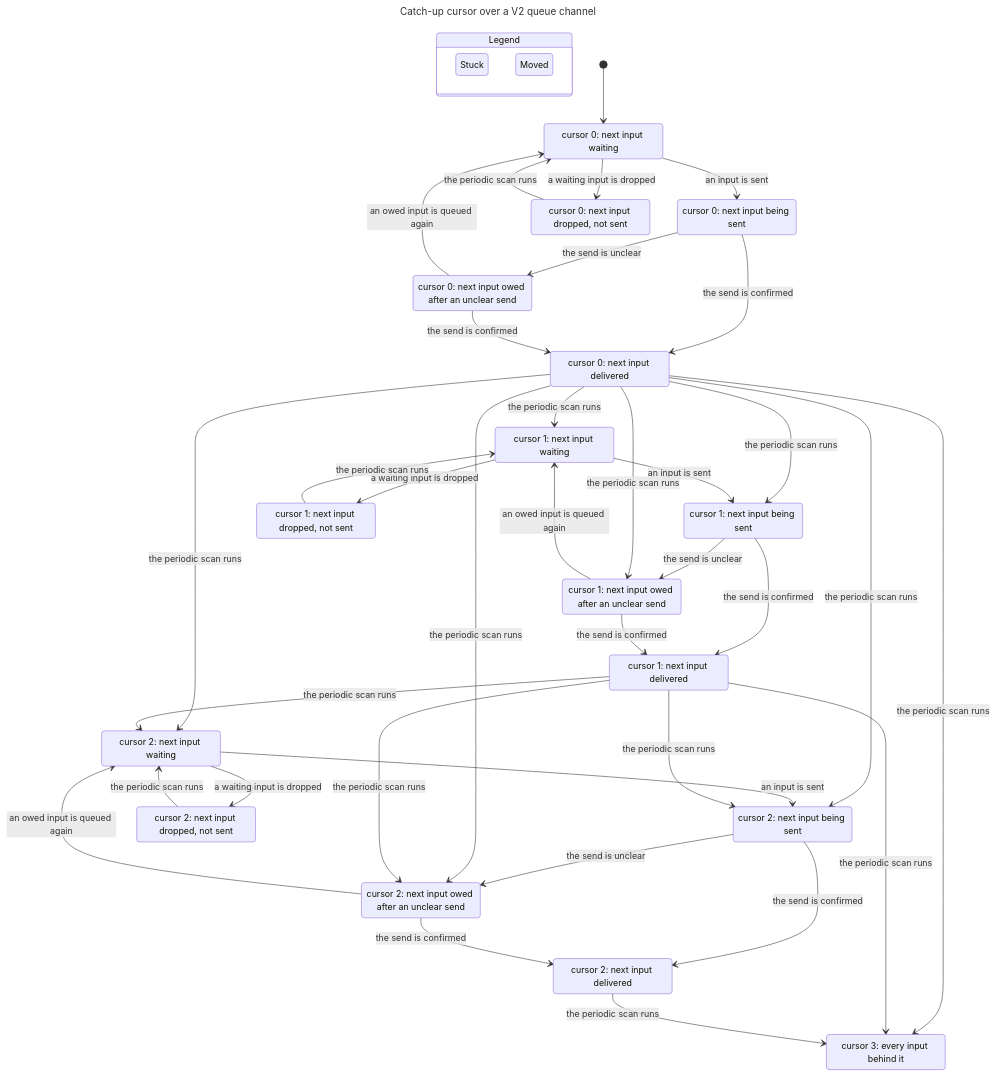
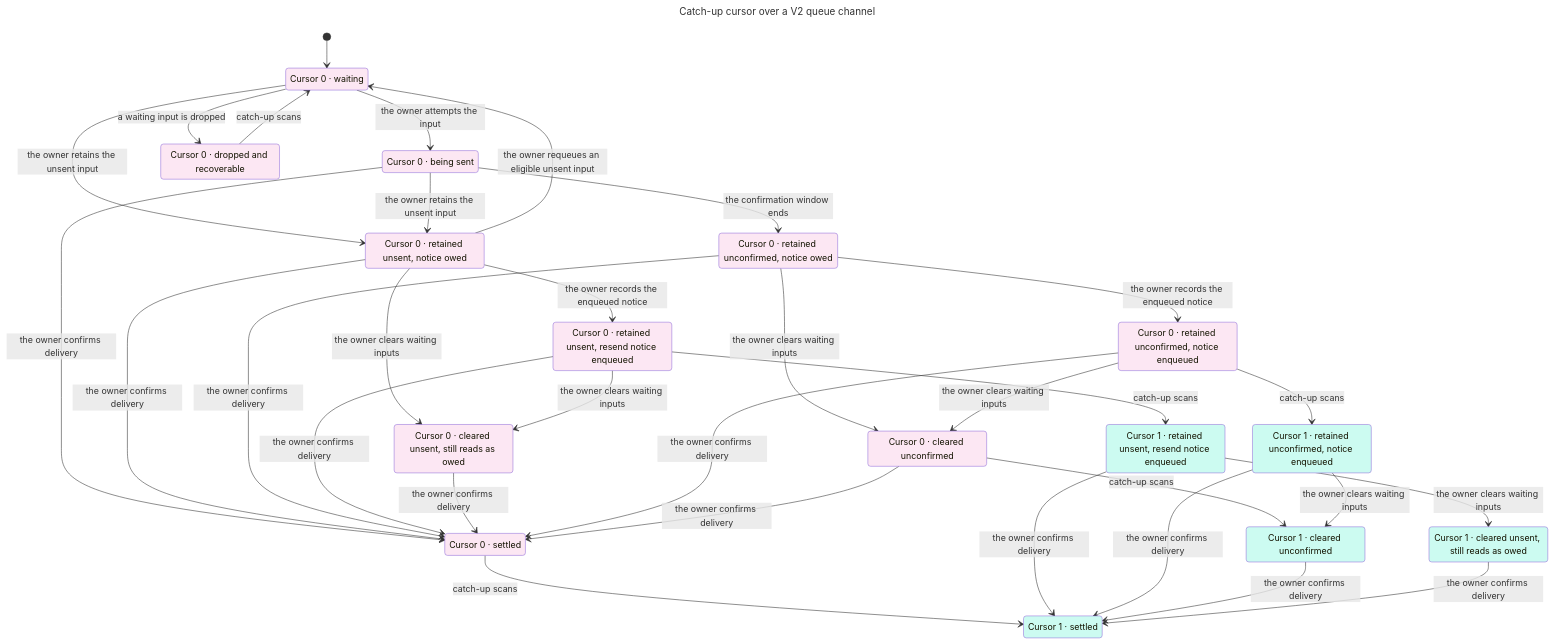
The diagram in docs/statecharts/catch-up-frontier/catch-up-frontier.chart.mmd (itismyfield/AgentDesk), drawn with Mermaid before and after one commit. The commit also changed 8 other files, not shown here.

```diff
--- a/docs/statecharts/catch-up-frontier/catch-up-frontier.chart.mmd
+++ b/docs/statecharts/catch-up-frontier/catch-up-frontier.chart.mmd
@@ -1,76 +1,67 @@
 ---
 title: "Catch-up cursor over a V2 queue channel"
 ---
 stateDiagram-v2
-  state "Legend" as legend {
-    lg0: Stuck
-    lg1: Moved
-  }
-  class lg0 pink
-  class lg1 teal
-  s0: cursor 0: next input waiting
-  s1: cursor 0: next input being sent
-  s2: cursor 0: next input dropped, not sent
-  s3: cursor 0: next input owed after an unclear send
-  s4: cursor 0: next input delivered
-  s5: cursor 1: next input waiting
-  s6: cursor 1: next input being sent
-  s7: cursor 1: next input dropped, not sent
-  s8: cursor 1: next input owed after an unclear send
-  s9: cursor 1: next input delivered
-  s10: cursor 2: next input waiting
-  s11: cursor 2: next input being sent
-  s12: cursor 2: next input dropped, not sent
-  s13: cursor 2: next input owed after an unclear send
-  s14: cursor 2: next input delivered
-  s15: cursor 3: every input behind it
   [*] --> s0
-  s0 --> s1: an input is sent
-  s0 --> s2: a waiting input is dropped
-  s1 --> s3: the send is unclear
-  s1 --> s4: the send is confirmed
-  s2 --> s0: the periodic scan runs
-  s3 --> s0: an owed input is queued again
-  s3 --> s4: the send is confirmed
-  s4 --> s5: the periodic scan runs
-  s4 --> s6: the periodic scan runs
-  s5 --> s6: an input is sent
-  s5 --> s7: a waiting input is dropped
-  s6 --> s8: the send is unclear
-  s6 --> s9: the send is confirmed
-  s7 --> s5: the periodic scan runs
-  s4 --> s8: the periodic scan runs
-  s4 --> s10: the periodic scan runs
-  s8 --> s5: an owed input is queued again
-  s8 --> s9: the send is confirmed
-  s4 --> s11: the periodic scan runs
-  s9 --> s10: the periodic scan runs
-  s10 --> s11: an input is sent
-  s10 --> s12: a waiting input is dropped
-  s9 --> s11: the periodic scan runs
-  s11 --> s13: the send is unclear
-  s11 --> s14: the send is confirmed
-  s12 --> s10: the periodic scan runs
-  s4 --> s13: the periodic scan runs
-  s4 --> s15: the periodic scan runs
-  s9 --> s13: the periodic scan runs
-  s13 --> s10: an owed input is queued again
-  s13 --> s14: the send is confirmed
-  s9 --> s15: the periodic scan runs
-  s14 --> s15: the periodic scan runs
-  class s0 pink
-  class s1 pink
-  class s2 pink
-  class s3 pink
-  class s4 pink
-  class s5 teal
-  class s6 teal
-  class s7 teal
-  class s8 teal
-  class s9 teal
-  class s10 teal
-  class s11 teal
-  class s12 teal
-  class s13 teal
-  class s14 teal
-  class s15 teal
+  state "Cursor 0 · waiting" as s0
+  class s0 before
+  state "Cursor 0 · being sent" as s1
+  class s1 before
+  state "Cursor 0 · retained unsent, notice owed" as s2
+  class s2 before
+  state "Cursor 0 · dropped and recoverable" as s3
+  class s3 before
+  state "Cursor 0 · settled" as s4
+  class s4 before
+  state "Cursor 0 · retained unconfirmed, notice owed" as s5
+  class s5 before
+  state "Cursor 0 · retained unsent, resend notice enqueued" as s6
+  class s6 before
+  state "Cursor 0 · cleared unsent, still reads as owed" as s7
+  class s7 before
+  state "Cursor 1 · settled" as s8
+  class s8 advanced
+  state "Cursor 0 · retained unconfirmed, notice enqueued" as s9
+  class s9 before
+  state "Cursor 0 · cleared unconfirmed" as s10
+  class s10 before
+  state "Cursor 1 · retained unsent, resend notice enqueued" as s11
+  class s11 advanced
+  state "Cursor 1 · retained unconfirmed, notice enqueued" as s12
+  class s12 advanced
+  state "Cursor 1 · cleared unconfirmed" as s13
+  class s13 advanced
+  state "Cursor 1 · cleared unsent, still reads as owed" as s14
+  class s14 advanced
+  s0 --> s1: the owner attempts the input
+  s0 --> s2: the owner retains the unsent input
+  s0 --> s3: a waiting input is dropped
+  s1 --> s4: the owner confirms delivery
+  s1 --> s5: the confirmation window ends
+  s1 --> s2: the owner retains the unsent input
+  s2 --> s4: the owner confirms delivery
+  s2 --> s0: the owner requeues an eligible unsent input
+  s2 --> s6: the owner records the enqueued notice
+  s2 --> s7: the owner clears waiting inputs
+  s3 --> s0: catch-up scans
+  s4 --> s8: catch-up scans
+  s5 --> s4: the owner confirms delivery
+  s5 --> s9: the owner records the enqueued notice
+  s5 --> s10: the owner clears waiting inputs
+  s6 --> s4: the owner confirms delivery
+  s6 --> s7: the owner clears waiting inputs
+  s6 --> s11: catch-up scans
+  s7 --> s4: the owner confirms delivery
+  s9 --> s4: the owner confirms delivery
+  s9 --> s10: the owner clears waiting inputs
+  s9 --> s12: catch-up scans
+  s10 --> s4: the owner confirms delivery
+  s10 --> s13: catch-up scans
+  s11 --> s8: the owner confirms delivery
+  s11 --> s14: the owner clears waiting inputs
+  s12 --> s8: the owner confirms delivery
+  s12 --> s13: the owner clears waiting inputs
+  s13 --> s8: the owner confirms delivery
+  s14 --> s8: the owner confirms delivery
+  classDef before fill:#fce7f3
+  classDef advanced fill:#ccfbf1
```
